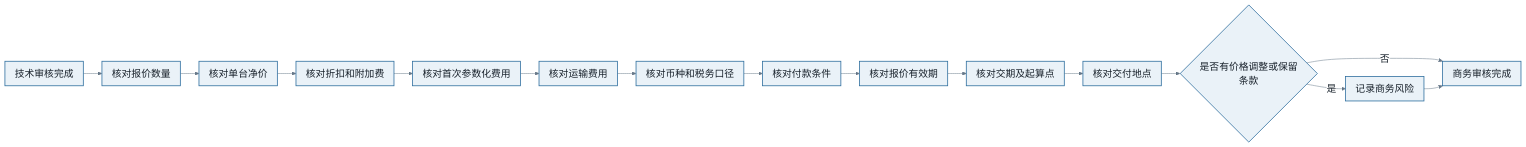
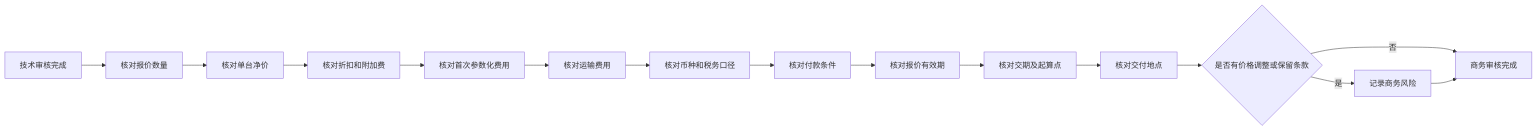
Before and after one commit to giengenbw/chassisprocess: diagram 11 of 56 in README.md, drawn with Mermaid. The commit also changed other lines of this file, not shown here.

````diff
--- a/README.md
+++ b/README.md
@@ -404,22 +361,17 @@
 ```mermaid
-%%{init: {'theme':'base','flowchart':{'curve':'basis','nodeSpacing':24,'rankSpacing':38,'padding':10,'htmlLabels':true,'useMaxWidth':true},'themeVariables':{'fontFamily':'Microsoft YaHei, Noto Sans SC, Arial, sans-serif','fontSize':'20px','primaryColor':'#EAF2F8','primaryTextColor':'#17202A','primaryBorderColor':'#2E6E9E','lineColor':'#667788','secondaryColor':'#FFF4D6','tertiaryColor':'#E8F6F3','edgeLabelBackground':'#FFFFFF'}}}%%
-flowchart LR
+graph LR
     A["技术审核完成"] --> B["核对报价数量"]
     B --> C["核对单台净价"]
     C --> D["核对折扣和附加费"]
     D --> E["核对首次参数化费用"]
     E --> F["核对运输费用"]
     F --> G["核对币种和税务口径"]
     G --> H["核对付款条件"]
     H --> I["核对报价有效期"]
     I --> J["核对交期及起算点"]
     J --> K["核对交付地点"]
     K --> L{"是否有价格调整或保留条款"}
-    L -->|是| M["记录商务风险"]
-    L -->|否| N["商务审核完成"]
+    L -- 是 --> M["记录商务风险"]
+    L -- 否 --> N["商务审核完成"]
     M --> N
-    classDef default fill:#EAF2F8,stroke:#2E6E9E,stroke-width:1.6px,color:#17202A,font-size:20px;
-    classDef decision fill:#FFF4D6,stroke:#B8860B,stroke-width:2px,color:#4A3A00,font-size:20px;
-    classDef exception fill:#FCE8E6,stroke:#B3261E,stroke-width:2px,color:#6A1B16,font-size:20px;
-    classDef outcome fill:#E8F6F3,stroke:#16836B,stroke-width:2px,color:#0B5345,font-size:20px;
 ```
````
